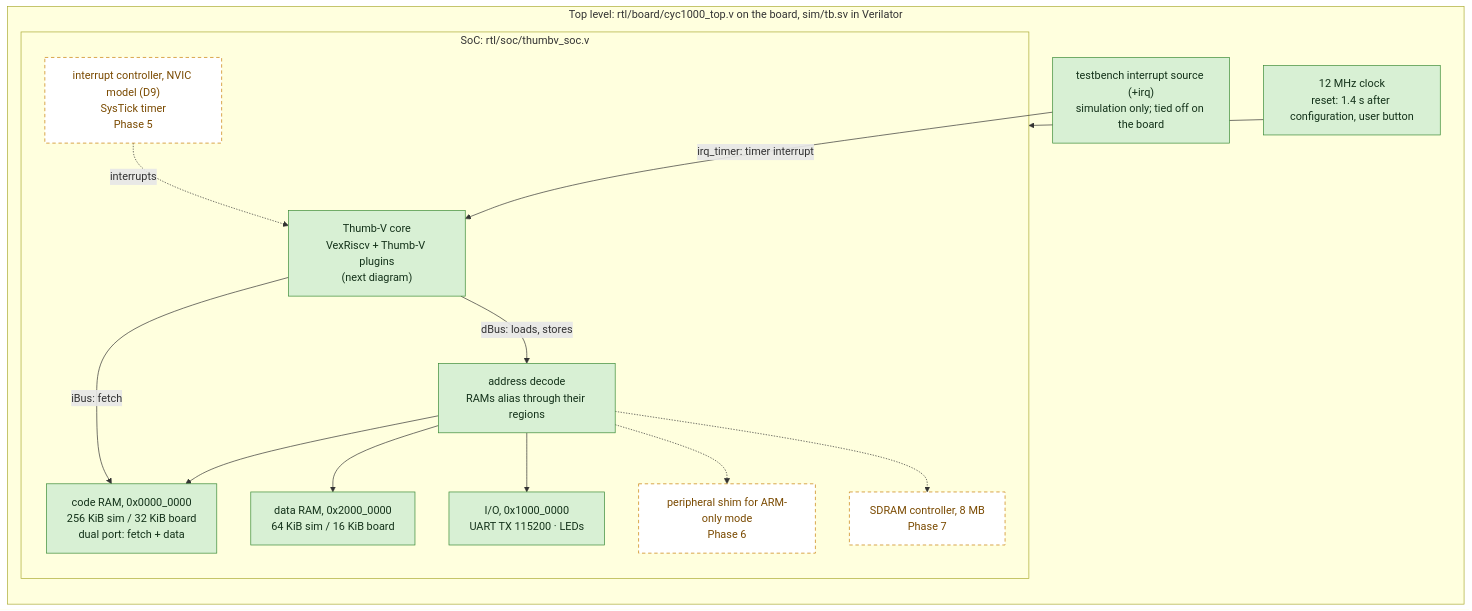
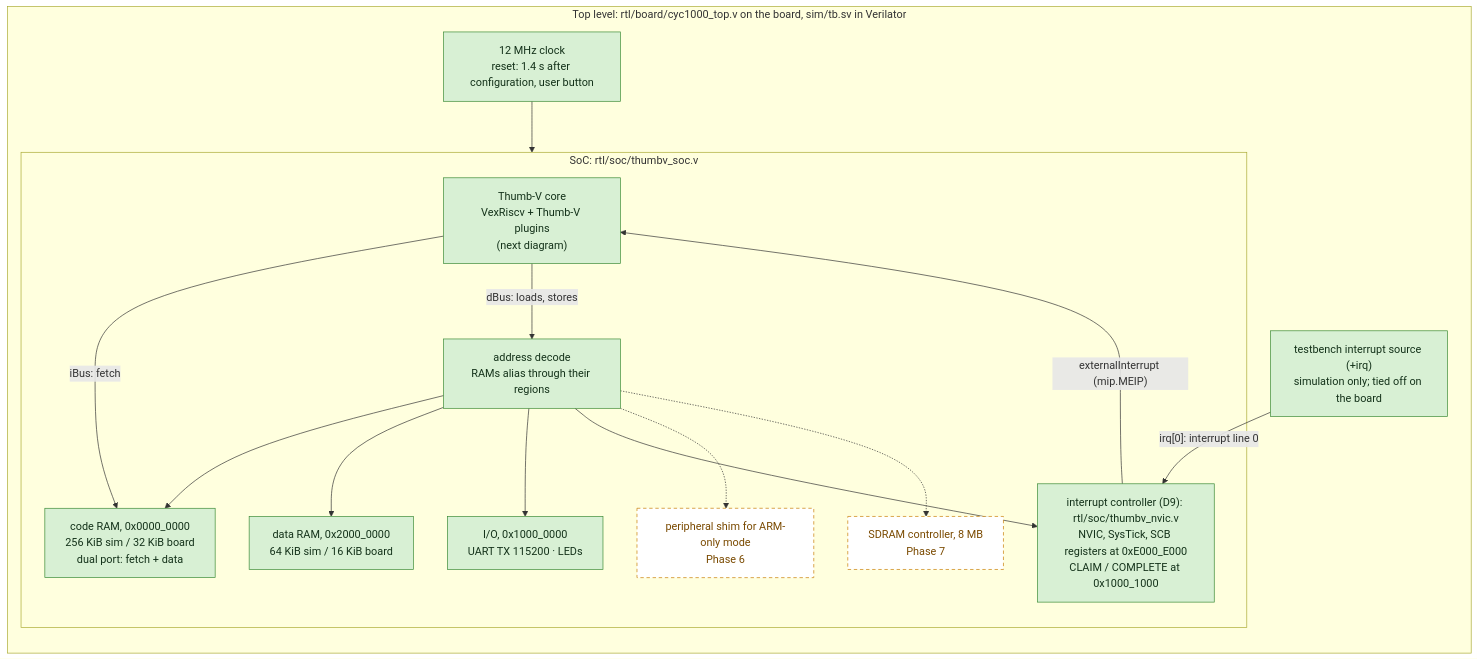
The first of 2 diagrams in docs/architecture.md (oskarvh/thumb-v), drawn with Mermaid before and after one commit. The commit also changed other lines of this file and 21 other files, not shown here.

First line of the commit message:
Interrupt controller and SysTick in the RTL (5.2)

````diff
--- a/docs/architecture.md
+++ b/docs/architecture.md
@@ -16,32 +16,33 @@
 ```mermaid
 flowchart LR
     classDef stock fill:#eeeeee,stroke:#777777,color:#222222
     classDef thumbv fill:#d8f0d4,stroke:#3a8a35,color:#14321a
     classDef planned fill:#ffffff,stroke:#c77d00,stroke-dasharray:5 4,color:#7a4a00
 
     subgraph TOP["Top level: rtl/board/cyc1000_top.v on the board, sim/tb.sv in Verilator"]
         CLK["12 MHz clock<br/>reset: 1.4 s after configuration, user button"]:::thumbv
         TBIRQ["testbench interrupt source (+irq)<br/>simulation only; tied off on the board"]:::thumbv
         subgraph SOC["SoC: rtl/soc/thumbv_soc.v"]
             CORE["Thumb-V core<br/>VexRiscv + Thumb-V plugins<br/>(next diagram)"]:::thumbv
             DEC["address decode<br/>RAMs alias through their regions"]:::thumbv
             CODE["code RAM, 0x0000_0000<br/>256 KiB sim / 32 KiB board<br/>dual port: fetch + data"]:::thumbv
             DATA["data RAM, 0x2000_0000<br/>64 KiB sim / 16 KiB board"]:::thumbv
             IO["I/O, 0x1000_0000<br/>UART TX 115200 · LEDs"]:::thumbv
-            NVIC["interrupt controller, NVIC model (D9)<br/>SysTick timer<br/>Phase 5"]:::planned
+            NVIC["interrupt controller (D9): rtl/soc/thumbv_nvic.v<br/>NVIC, SysTick, SCB registers at 0xE000_E000<br/>CLAIM / COMPLETE at 0x1000_1000"]:::thumbv
             SHIM["peripheral shim for ARM-only mode<br/>Phase 6"]:::planned
             SDRAM["SDRAM controller, 8 MB<br/>Phase 7"]:::planned
         end
     end
 
     CORE -- "iBus: fetch" --> CODE
     CORE -- "dBus: loads, stores" --> DEC
     DEC --> CODE
     DEC --> DATA
     DEC --> IO
+    DEC --> NVIC
     DEC -.-> SHIM
     DEC -.-> SDRAM
-    NVIC -. "interrupts" .-> CORE
-    TBIRQ -- "irq_timer: timer interrupt" --> CORE
+    NVIC -- "externalInterrupt (mip.MEIP)" --> CORE
+    TBIRQ -- "irq[0]: interrupt line 0" --> NVIC
     CLK --> SOC
 ```
````
